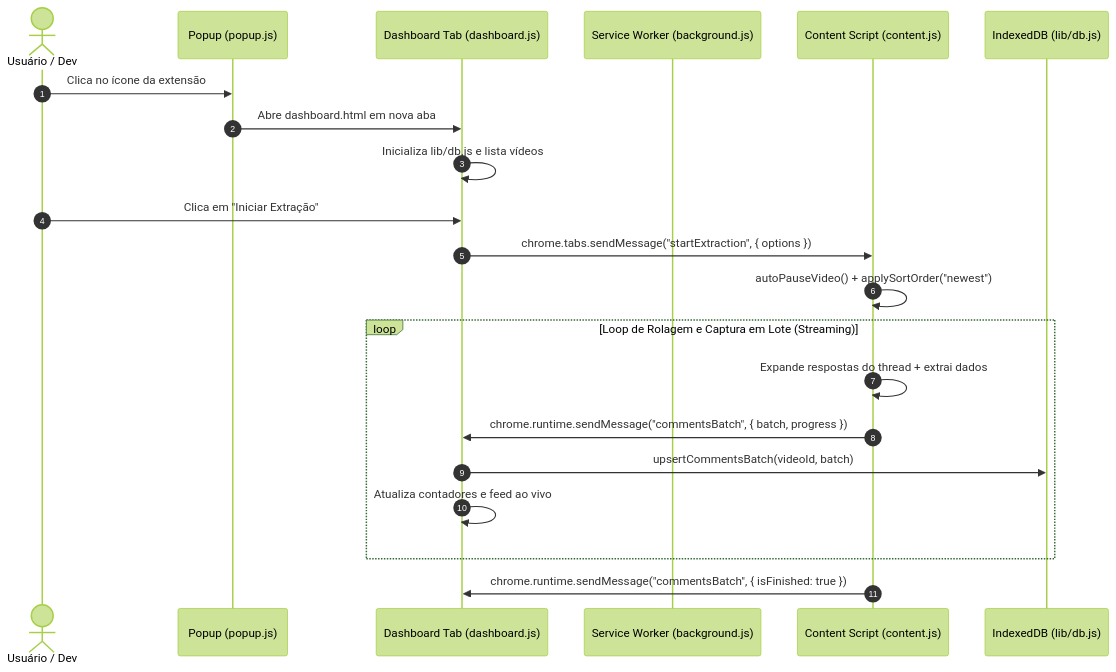
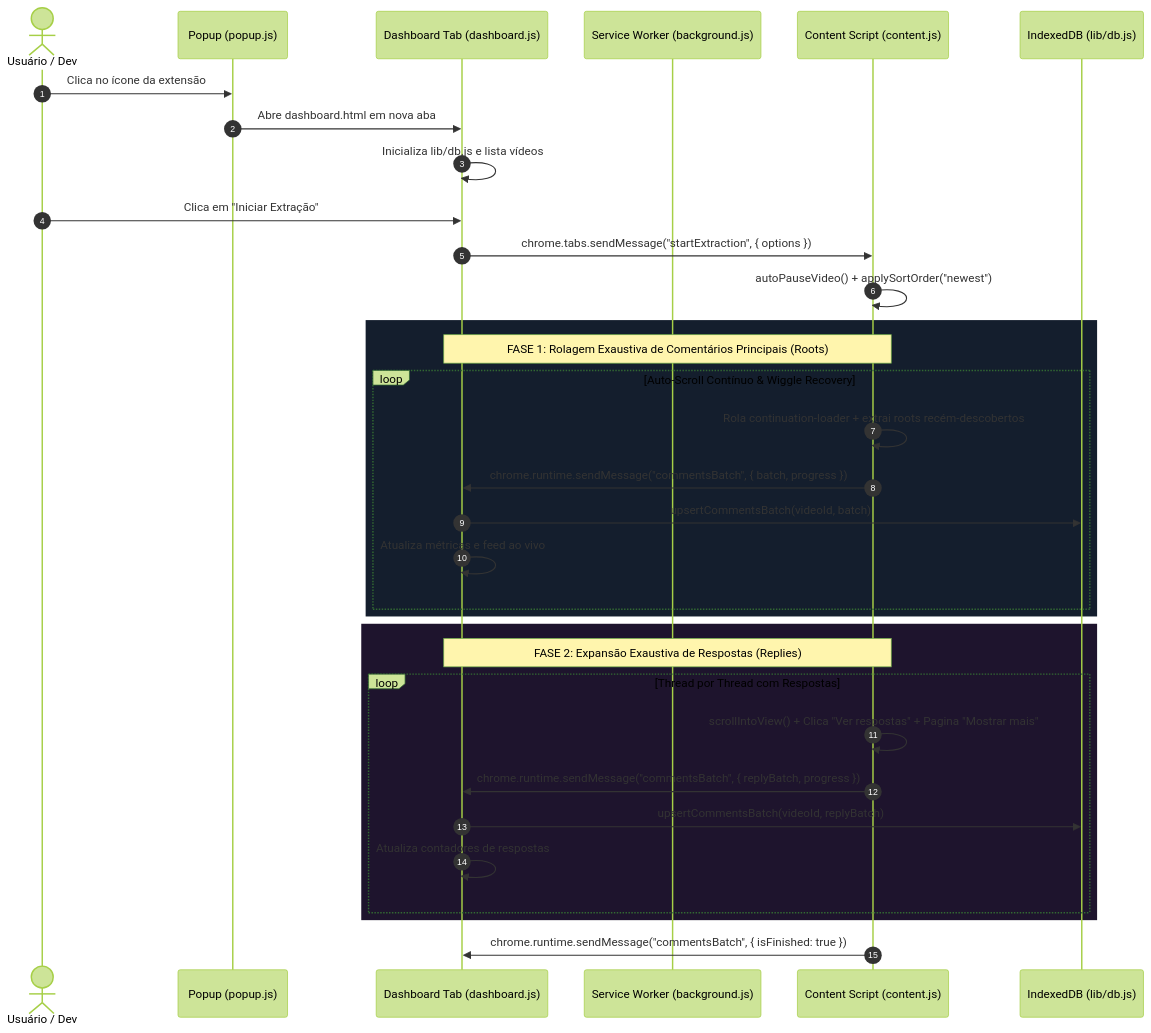
The diagram in youtube_comments_extractor/ARQUITETURA_E_DEBUG.md (wheslancardoso/dotfiles), drawn with Mermaid (forest theme) before and after one commit. The commit also changed 1 other file, not shown here.

Commit message:
feat(extractor): implement resilient 2-phase autoscroll with continuation tracking and exhaustive reply expansion

````diff
--- a/youtube_comments_extractor/ARQUITETURA_E_DEBUG.md
+++ b/youtube_comments_extractor/ARQUITETURA_E_DEBUG.md
@@ -51,24 +51,39 @@
 ```mermaid
 sequenceDiagram
     autonumber
     actor Dev as Usuário / Dev
     participant Pop as Popup (popup.js)
     participant Dash as Dashboard Tab (dashboard.js)
     participant SW as Service Worker (background.js)
     participant Cont as Content Script (content.js)
     participant IDB as IndexedDB (lib/db.js)
 
     Dev->>Pop: Clica no ícone da extensão
     Pop->>Dash: Abre dashboard.html em nova aba
     Dash->>Dash: Inicializa lib/db.js e lista vídeos
     Dev->>Dash: Clica em "Iniciar Extração"
     Dash->>Cont: chrome.tabs.sendMessage("startExtraction", { options })
     Cont->>Cont: autoPauseVideo() + applySortOrder("newest")
-    loop Loop de Rolagem e Captura em Lote (Streaming)
-        Cont->>Cont: Expande respostas do thread + extrai dados
-        Cont->>Dash: chrome.runtime.sendMessage("commentsBatch", { batch, progress })
-        Dash->>IDB: upsertCommentsBatch(videoId, batch)
-        Dash->>Dash: Atualiza contadores e feed ao vivo
+    
+    rect rgb(20, 30, 45)
+        note over Cont, Dash: FASE 1: Rolagem Exaustiva de Comentários Principais (Roots)
+        loop Auto-Scroll Contínuo & Wiggle Recovery
+            Cont->>Cont: Rola continuation-loader + extrai roots recém-descobertos
+            Cont->>Dash: chrome.runtime.sendMessage("commentsBatch", { batch, progress })
+            Dash->>IDB: upsertCommentsBatch(videoId, batch)
+            Dash->>Dash: Atualiza métricas e feed ao vivo
+        end
     end
+
+    rect rgb(30, 20, 45)
+        note over Cont, Dash: FASE 2: Expansão Exaustiva de Respostas (Replies)
+        loop Thread por Thread com Respostas
+            Cont->>Cont: scrollIntoView() + Clica "Ver respostas" + Pagina "Mostrar mais"
+            Cont->>Dash: chrome.runtime.sendMessage("commentsBatch", { replyBatch, progress })
+            Dash->>IDB: upsertCommentsBatch(videoId, replyBatch)
+            Dash->>Dash: Atualiza contadores de respostas
+        end
+    end
+
     Cont->>Dash: chrome.runtime.sendMessage("commentsBatch", { isFinished: true })
 ```
````
